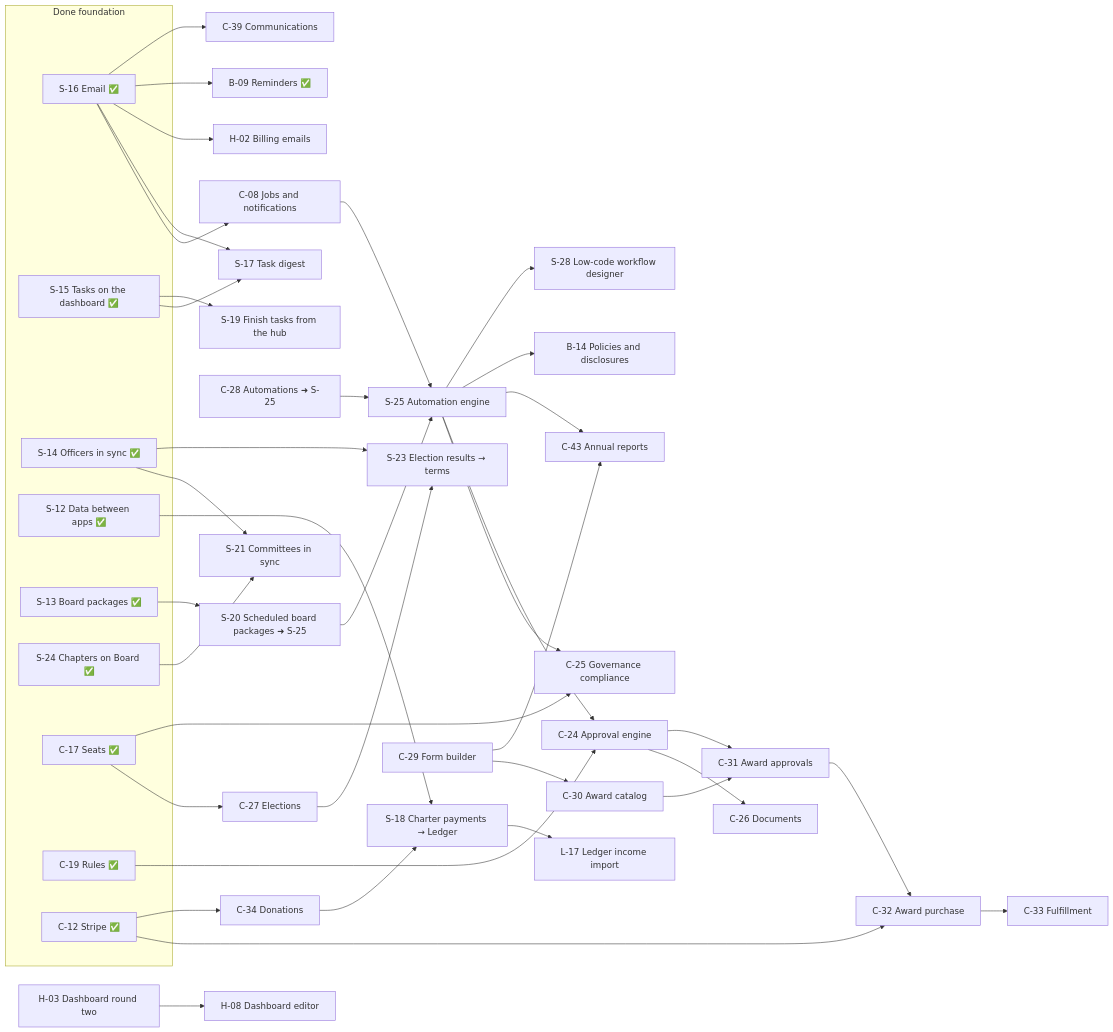
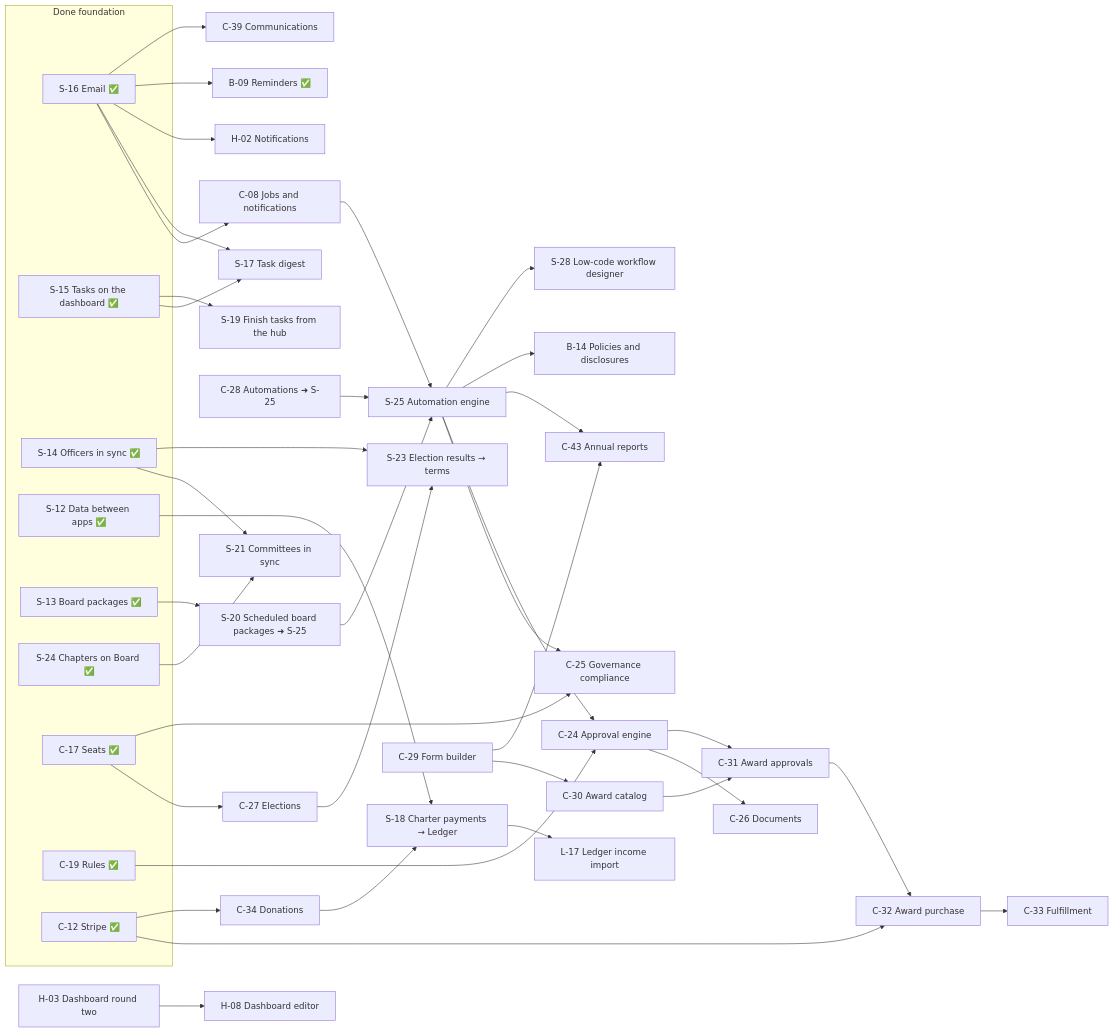
Before and after one commit to Nox-Mob/OpenAppHub: the diagram in docs/ROADMAP.md, drawn with Mermaid. The commit also changed other lines of this file and 41 other files, not shown here.

````diff
--- a/docs/ROADMAP.md
+++ b/docs/ROADMAP.md
@@ -64,71 +62,71 @@
 ```mermaid
 flowchart LR
     subgraph Foundation["Done foundation"]
         S16[S-16 Email ✅]
         S15[S-15 Tasks on the dashboard ✅]
         S14[S-14 Officers in sync ✅]
         S12[S-12 Data between apps ✅]
         S13[S-13 Board packages ✅]
         S24[S-24 Chapters on Board ✅]
         C17[C-17 Seats ✅]
         C19[C-19 Rules ✅]
         C12[C-12 Stripe ✅]
     end
     S25[S-25 Automation engine]
     S28[S-28 Low-code workflow designer]
     C08[C-08 Jobs and notifications]
     S17[S-17 Task digest]
     S19[S-19 Finish tasks from the hub]
     S18[S-18 Charter payments → Ledger]
     L17[L-17 Ledger income import]
     S20[S-20 Scheduled board packages ➜ S-25]
     S21[S-21 Committees in sync]
     S23[S-23 Election results → terms]
     C24[C-24 Approval engine]
     C25[C-25 Governance compliance]
     C26[C-26 Documents]
     C27[C-27 Elections]
     C28[C-28 Automations ➜ S-25]
     C29[C-29 Form builder]
     C30[C-30 Award catalog]
     C31[C-31 Award approvals]
     C32[C-32 Award purchase]
     C33[C-33 Fulfillment]
     C34[C-34 Donations]
     C39[C-39 Communications]
     C43[C-43 Annual reports]
-    H02[H-02 Billing emails]
+    H02[H-02 Notifications]
     H03[H-03 Dashboard round two]
     H08[H-08 Dashboard editor]
     B09[B-09 Reminders ✅]
     B14[B-14 Policies and disclosures]
 
     S16 --> C08 --> S25
     S16 --> S17
     S15 --> S17
     S15 --> S19
     S16 --> H02
     S16 --> B09
     S16 --> C39
     S12 --> S18 --> L17
     S13 --> S20 --> S25
     S14 --> S21
     S14 --> S23
     C17 --> C27 --> S23
     C17 --> C25
     S25 --> C25
     S25 --> C24
     C19 --> C24
     C24 --> C26
     C24 --> C31
     C29 --> C30 --> C31 --> C32 --> C33
     C12 --> C32
     C29 --> C43
     S25 --> C43
     C12 --> C34 --> S18
     C28 --> S25
     S25 --> B14
     S25 --> S28
     H03 --> H08
     S24 --> S21
 ```
````
